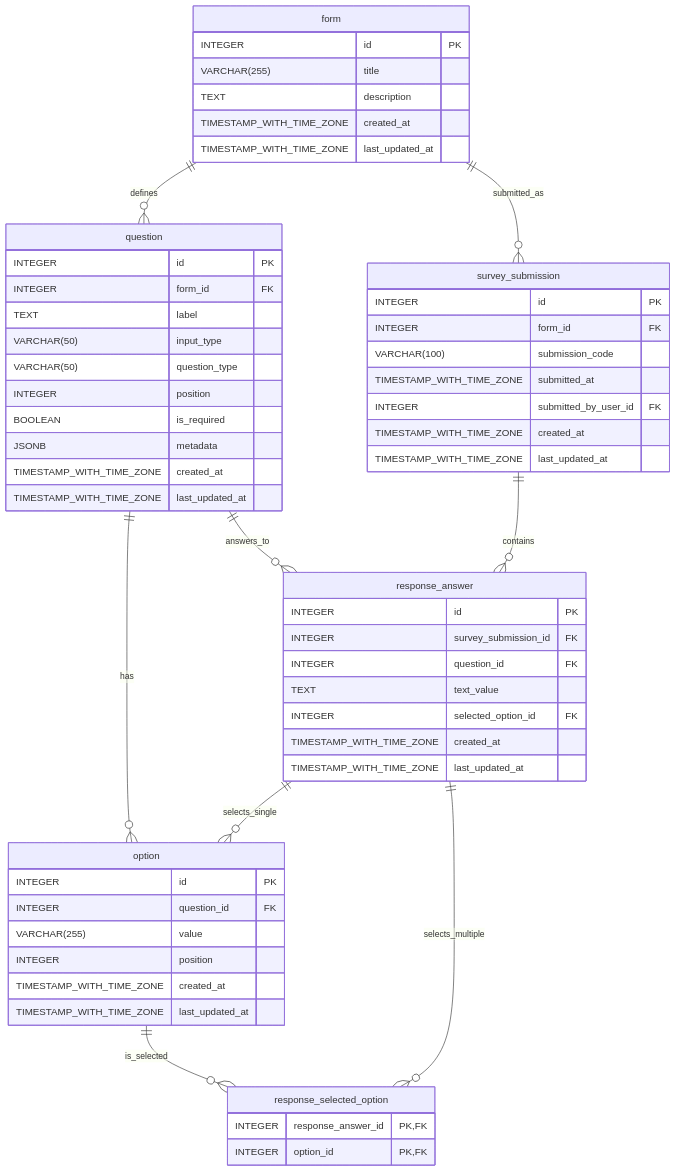
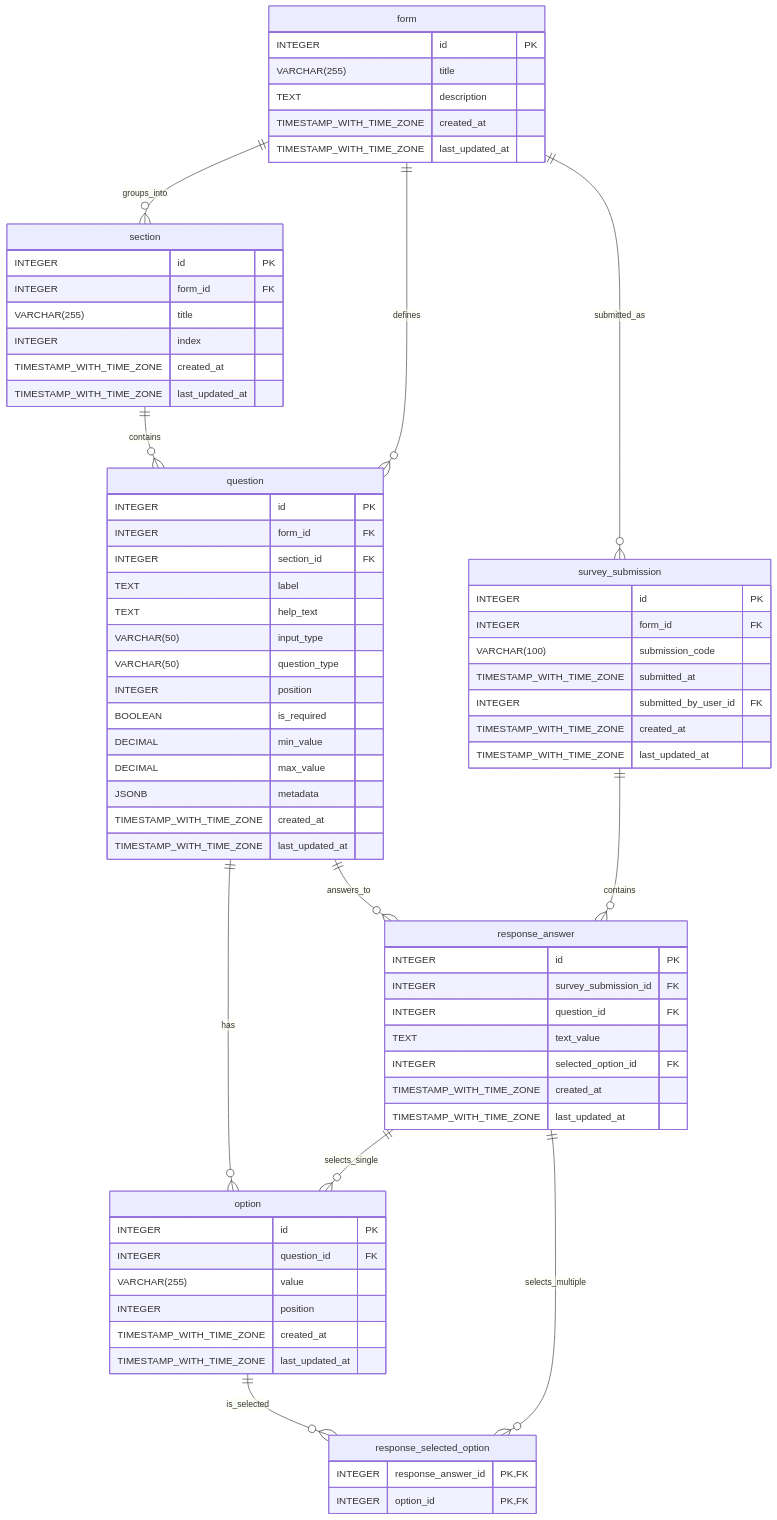
Before and after one commit to CIR-TIC/crea-acc-backend: the diagram in README.md, drawn with Mermaid. The commit also changed other lines of this file, not shown here.

Commit message:
Document survey sections and question validation in README
Updates the encuestas ERD and feature list to reflect the new
section table and the help_text/min_value/max_value question fields.

````diff
--- a/README.md
+++ b/README.md
@@ -148,66 +148,81 @@
 ```mermaid
 erDiagram
+    form ||--o{ section : "groups_into"
     form ||--o{ question : "defines"
+    section ||--o{ question : "contains"
     question ||--o{ option : "has"
     form ||--o{ survey_submission : "submitted_as"
     survey_submission ||--o{ response_answer : "contains"
     question ||--o{ response_answer : "answers_to"
     response_answer ||--o{ option : "selects_single"
     response_answer ||--o{ response_selected_option : "selects_multiple"
     option ||--o{ response_selected_option : "is_selected"
 
     form {
         INTEGER id PK
         VARCHAR(255) title
         TEXT description
         TIMESTAMP_WITH_TIME_ZONE created_at
         TIMESTAMP_WITH_TIME_ZONE last_updated_at
     }
 
+    section {
+        INTEGER id PK
+        INTEGER form_id FK
+        VARCHAR(255) title
+        INTEGER index
+        TIMESTAMP_WITH_TIME_ZONE created_at
+        TIMESTAMP_WITH_TIME_ZONE last_updated_at
+    }
+
     question {
         INTEGER id PK
         INTEGER form_id FK
+        INTEGER section_id FK
         TEXT label
+        TEXT help_text
         VARCHAR(50) input_type
         VARCHAR(50) question_type
         INTEGER position
         BOOLEAN is_required
+        DECIMAL min_value
+        DECIMAL max_value
         JSONB metadata
         TIMESTAMP_WITH_TIME_ZONE created_at
         TIMESTAMP_WITH_TIME_ZONE last_updated_at
     }
 
     option {
         INTEGER id PK
         INTEGER question_id FK
         VARCHAR(255) value
         INTEGER position
         TIMESTAMP_WITH_TIME_ZONE created_at
         TIMESTAMP_WITH_TIME_ZONE last_updated_at
     }
 
     survey_submission {
         INTEGER id PK
         INTEGER form_id FK
         VARCHAR(100) submission_code
         TIMESTAMP_WITH_TIME_ZONE submitted_at
         INTEGER submitted_by_user_id FK
         TIMESTAMP_WITH_TIME_ZONE created_at
         TIMESTAMP_WITH_TIME_ZONE last_updated_at
     }
 
     response_answer {
         INTEGER id PK
         INTEGER survey_submission_id FK
         INTEGER question_id FK
         TEXT text_value
         INTEGER selected_option_id FK
         TIMESTAMP_WITH_TIME_ZONE created_at
         TIMESTAMP_WITH_TIME_ZONE last_updated_at
     }
 
     response_selected_option {
         INTEGER response_answer_id PK,FK
         INTEGER option_id PK,FK
     }
 ```
````
